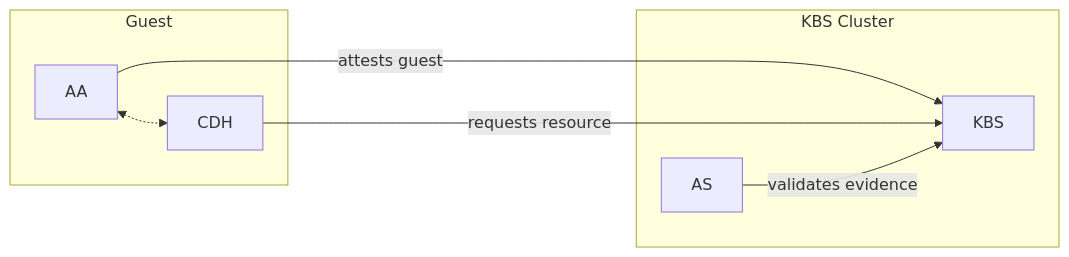
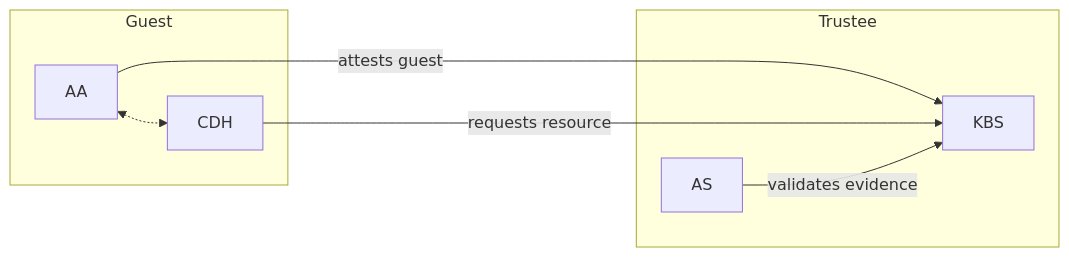
One commit to confidential-containers/trustee changed the first of 2 diagrams in kbs/README.md. Above: the diagram before and after it, drawn with Mermaid. The commit also changed other lines of this file and 1 other file, not shown here.

First line of the commit message:
docs: use Trustee name

````diff
--- a/kbs/README.md
+++ b/kbs/README.md
@@ -29,11 +29,11 @@
 ```mermaid
 flowchart LR
     AA -- attests guest --> KBS
     CDH -- requests resource ----> KBS
     subgraph Guest
         AA <.-> CDH
     end
-    subgraph KBS Cluster
+    subgraph Trustee
         AS -- validates evidence--> KBS
     end
 ```
````
